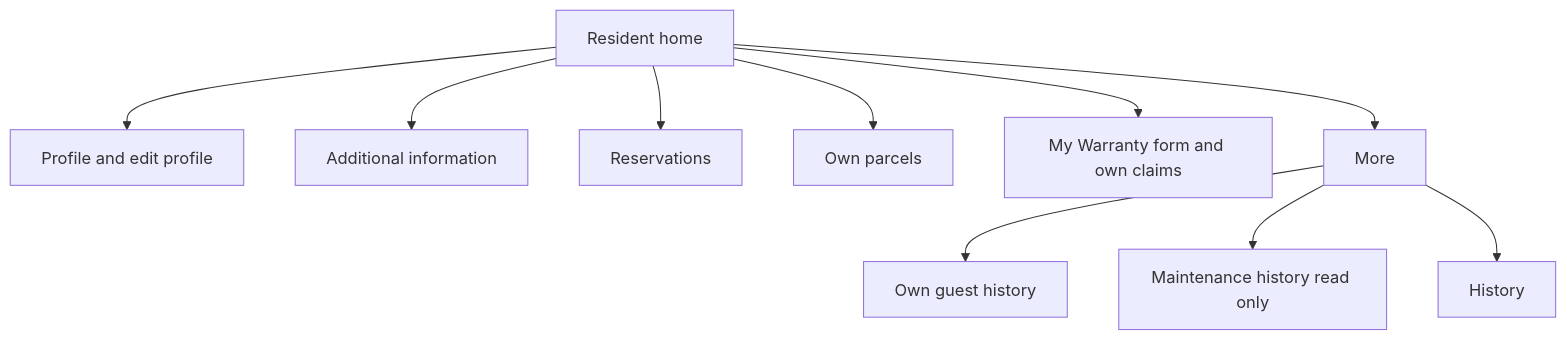
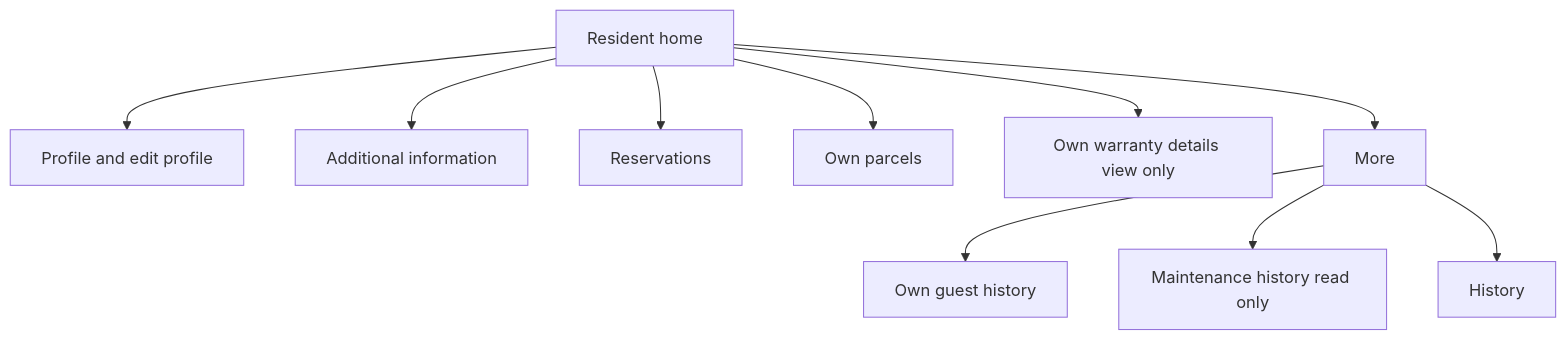
One commit to ariesrei/ceo-mobile-nextjs changed the second of 5 diagrams in docs/Mobile-App-Role-Workflows.MD. Above: the diagram before and after it, drawn with Mermaid. The commit also changed other lines of this file and 2 other files, not shown here.

````diff
--- a/docs/Mobile-App-Role-Workflows.MD
+++ b/docs/Mobile-App-Role-Workflows.MD
@@ -95,13 +104,13 @@
 ```mermaid
 flowchart TD
   home[Resident home]
   home --> profile[Profile and edit profile]
   home --> extra[Additional information]
   home --> reservations[Reservations]
   home --> parcels[Own parcels]
-  home --> warranty[My Warranty form and own claims]
+  home --> warranty[Own warranty details view only]
   home --> more[More]
   more --> guests[Own guest history]
   more --> maintenance[Maintenance history read only]
   more --> history[History]
 ```
````
